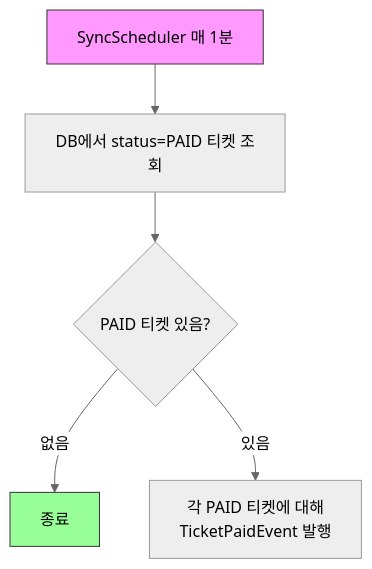
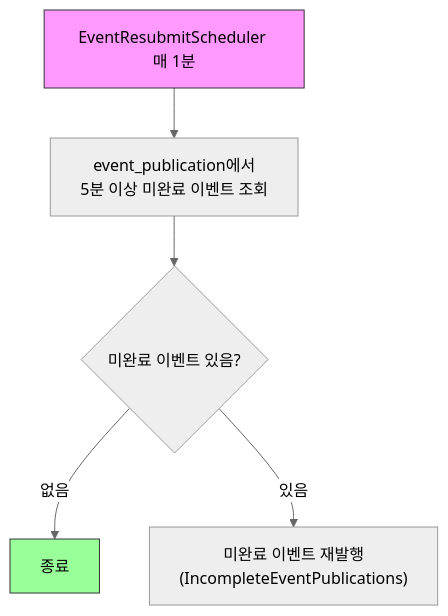
Before and after one commit to irnd04/zticket: the sixth of 6 diagrams in README.md, drawn with Mermaid (neutral theme). The commit also changed other lines of this file, not shown here.

````diff
--- a/README.md
+++ b/README.md
@@ -247,10 +248,10 @@
 ```mermaid
 flowchart TD
-    A[SyncScheduler 매 1분] --> B[DB에서 status=PAID 티켓 조회]
-    B --> C{PAID 티켓 있음?}
+    A[EventResubmitScheduler 매 1분] --> B[event_publication에서<br/>5분 이상 미완료 이벤트 조회]
+    B --> C{미완료 이벤트 있음?}
     C -- 없음 --> END[종료]
-    C -- 있음 --> D["각 PAID 티켓에 대해<br/>TicketPaidEvent 발행"]
+    C -- 있음 --> D["미완료 이벤트 재발행<br/>(IncompleteEventPublications)"]
 
     style A fill:#f9f,stroke:#333
     style END fill:#9f9,stroke:#333
 ```
````
